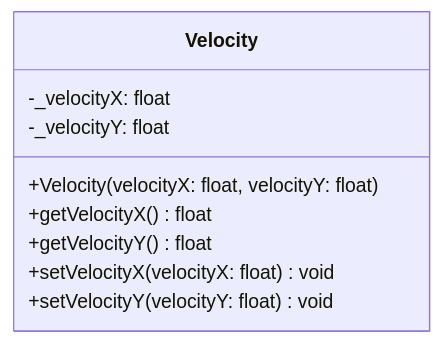
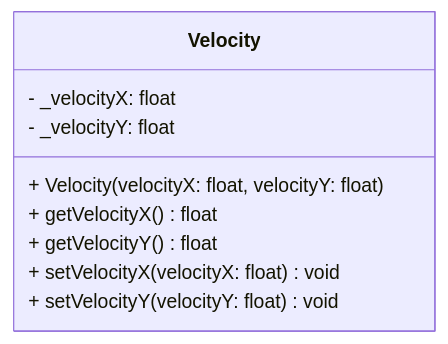
The diagram in docs/ECS/component/Velocity.md (MYAMBO/R-Type), drawn with Mermaid before and after one commit. The commit also changed other lines of this file and 17 other files, not shown here.

````diff
--- a/docs/ECS/component/Velocity.md
+++ b/docs/ECS/component/Velocity.md
@@ -13,12 +38,12 @@
 ```mermaid
 classDiagram
   class Velocity {
-    -_velocityX: float
-    -_velocityY: float
-    +Velocity(velocityX: float, velocityY: float)
-    +getVelocityX() float
-    +getVelocityY() float
-    +setVelocityX(velocityX: float) void
-    +setVelocityY(velocityY: float) void
+    - _velocityX: float
+    - _velocityY: float
+    + Velocity(velocityX: float, velocityY: float)
+    + getVelocityX() float
+    + getVelocityY() float
+    + setVelocityX(velocityX: float) void
+    + setVelocityY(velocityY: float) void
   }
 ```
````
